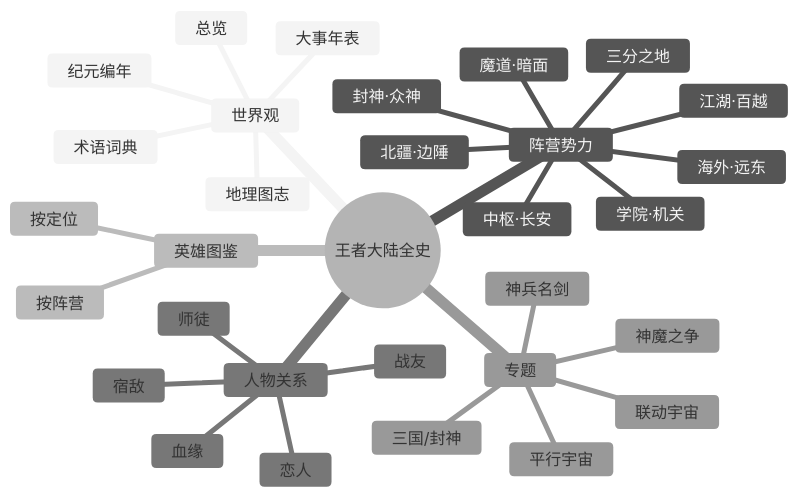
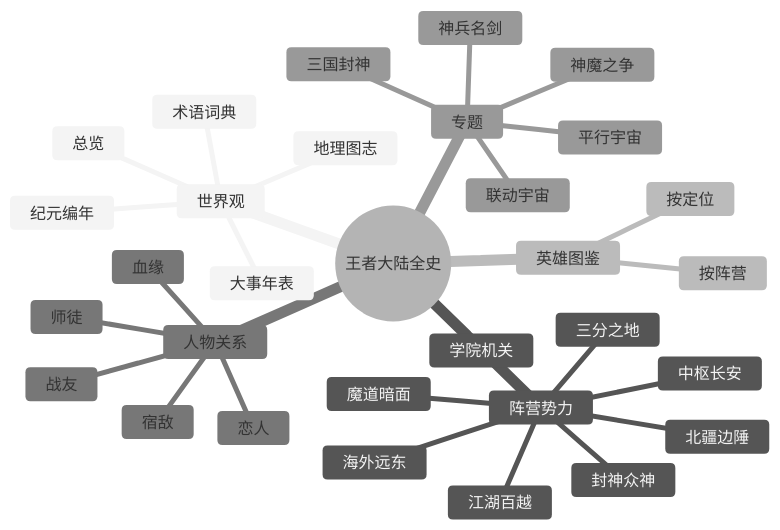
Before and after one commit to DocJlm/honor-of-kings-lore: the diagram in docs/index.md, drawn with Mermaid (neutral theme). The commit also changed other lines of this file and 74 other files, not shown here.

````diff
--- a/docs/index.md
+++ b/docs/index.md
@@ -93,34 +62,34 @@
 ```mermaid
 mindmap
   root(("王者大陆全史"))
     世界观
       总览
       纪元编年
       大事年表
       地理图志
       术语词典
     阵营势力
-      中枢·长安
-      学院·机关
+      中枢长安
+      学院机关
       三分之地
-      封神·众神
-      北疆·边陲
-      海外·远东
-      江湖·百越
-      魔道·暗面
+      封神众神
+      北疆边陲
+      海外远东
+      江湖百越
+      魔道暗面
     英雄图鉴
       按阵营
       按定位
     人物关系
       恋人
       血缘
       师徒
       宿敌
       战友
     专题
       神魔之争
       平行宇宙
-      三国/封神
+      三国封神
       神兵名剑
       联动宇宙
 ```
````
